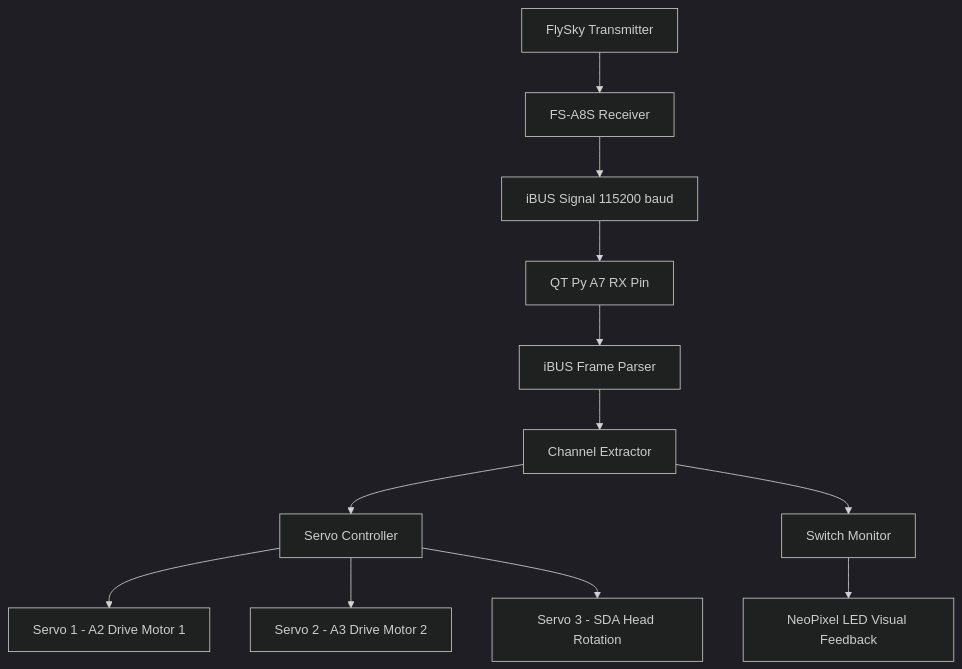
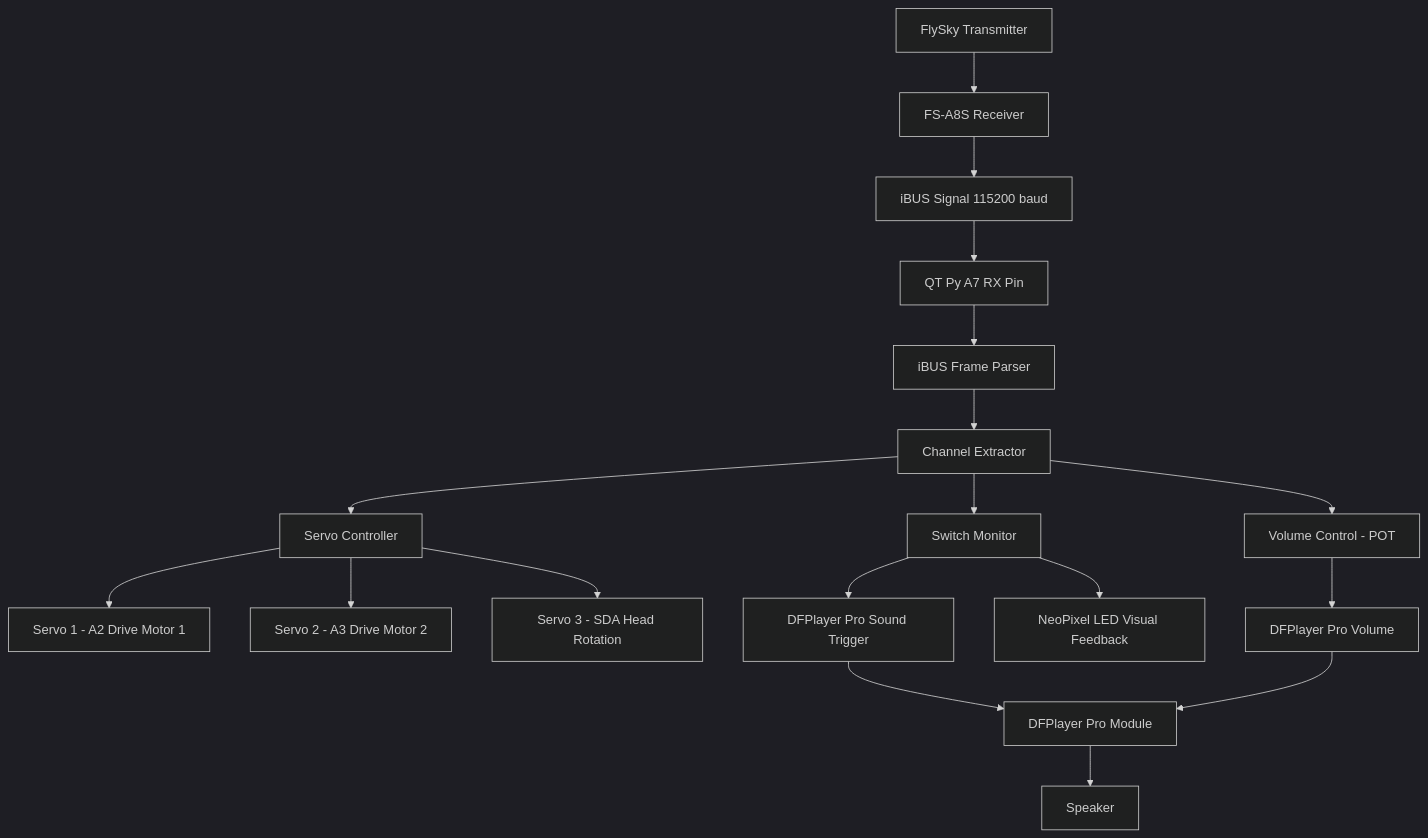
The first of 3 diagrams in README.md (justgrumpy/QTPY-C1-10P), drawn with Mermaid (dark theme) before and after one commit. The commit also changed other lines of this file, not shown here.

````diff
--- a/README.md
+++ b/README.md
@@ -79,14 +78,20 @@
 ```mermaid
 graph TB
     A[FlySky Transmitter] --> B[FS-A8S Receiver]
     B --> C[iBUS Signal 115200 baud]
     C --> D[QT Py A7 RX Pin]
     D --> E[iBUS Frame Parser]
     E --> F[Channel Extractor]
     F --> G[Servo Controller]
     F --> H[Switch Monitor]
-    G --> I[Servo 1 - A2 Drive Motor 1]
-    G --> J[Servo 2 - A3 Drive Motor 2]
-    G --> K[Servo 3 - SDA Head Rotation]
-    H --> L[NeoPixel LED Visual Feedback]
+    F --> M[Volume Control - POT]
+    H --> I[DFPlayer Pro Sound Trigger]
+    M --> J[DFPlayer Pro Volume]
+    I --> K[DFPlayer Pro Module]
+    J --> K
+    K --> L[Speaker]
+    G --> N[Servo 1 - A2 Drive Motor 1]
+    G --> O[Servo 2 - A3 Drive Motor 2]
+    G --> P[Servo 3 - SDA Head Rotation]
+    H --> Q[NeoPixel LED Visual Feedback]
 ```
````
